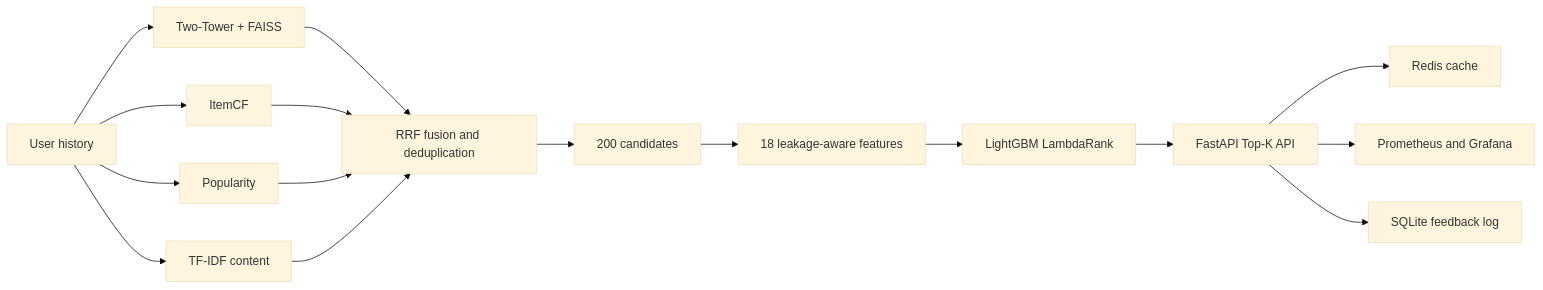
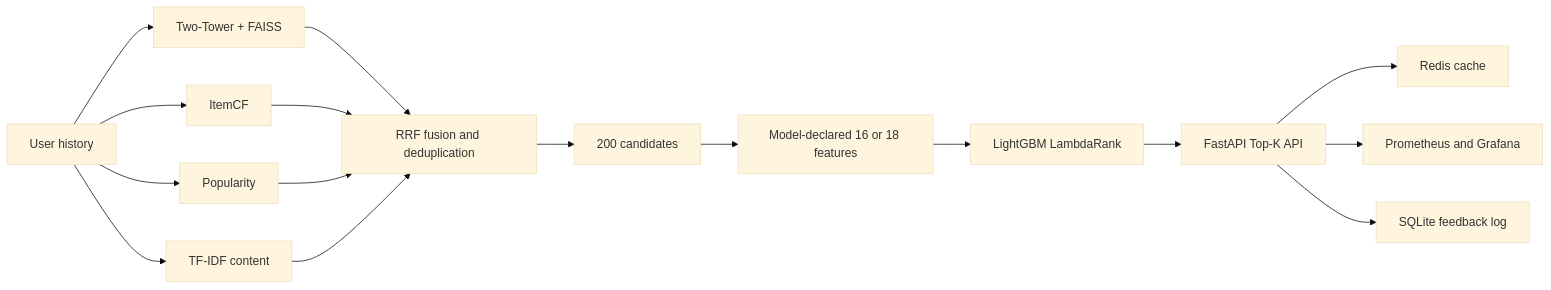
The diagram in README_EN.md (cez0729/two-stage-recommendation-system), drawn with Mermaid (base theme) before and after one commit. The commit also changed other lines of this file and 4 other files, not shown here.

````diff
--- a/README_EN.md
+++ b/README_EN.md
@@ -31,18 +31,18 @@
 ```mermaid
 flowchart LR
     U[User history] --> TT[Two-Tower + FAISS]
     U --> CF[ItemCF]
     U --> POP[Popularity]
     U --> CT[TF-IDF content]
     TT --> RRF[RRF fusion and deduplication]
     CF --> RRF
     POP --> RRF
     CT --> RRF
     RRF --> C[200 candidates]
-    C --> F[18 leakage-aware features]
+    C --> F[Model-declared 16 or 18 features]
     F --> L[LightGBM LambdaRank]
     L --> API[FastAPI Top-K API]
     API --> REDIS[Redis cache]
     API --> OBS[Prometheus and Grafana]
     API --> FB[SQLite feedback log]
 ```
````
